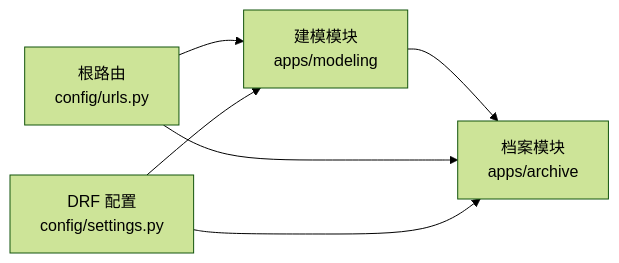
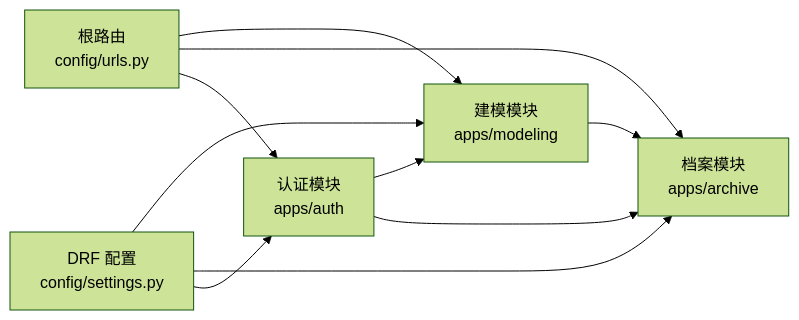
The fifth of 5 diagrams in .qoder/repowiki/zh/content/API参考文档/API参考文档.md (zyp-coder/Metadata), drawn with Mermaid (forest theme) before and after one commit. The commit also changed other lines of this file and 54 other files, not shown here.

````diff
--- a/.qoder/repowiki/zh/content/API参考文档/API参考文档.md
+++ b/.qoder/repowiki/zh/content/API参考文档/API参考文档.md
@@ -354,8 +500,12 @@
 ```mermaid
 graph LR
 Modeling["建模模块<br/>apps/modeling"] --> Archive["档案模块<br/>apps/archive"]
+Auth["认证模块<br/>apps/auth"] --> Modeling
+Auth --> Archive
 Root["根路由<br/>config/urls.py"] --> Modeling
 Root --> Archive
+Root --> Auth
 Settings["DRF 配置<br/>config/settings.py"] --> Modeling
 Settings --> Archive
+Settings --> Auth
 ```
````
